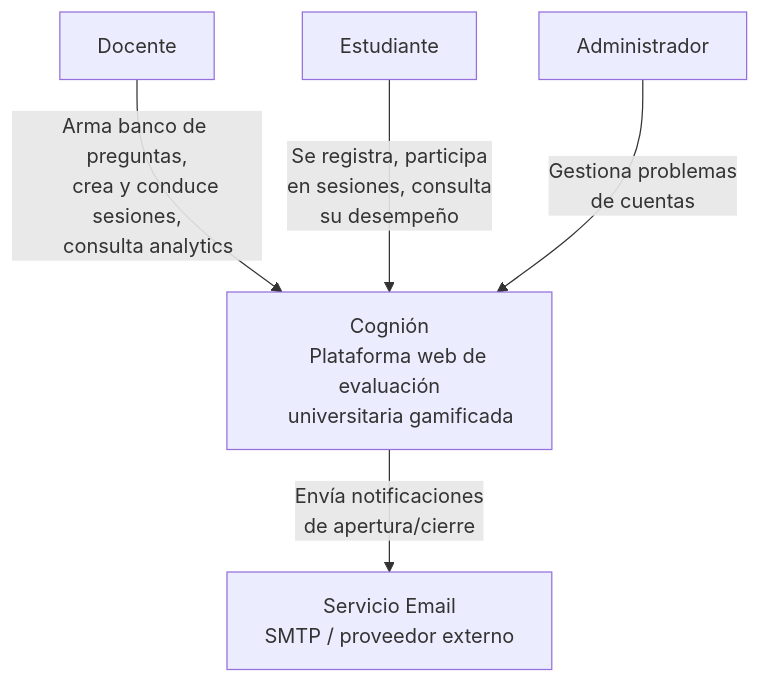
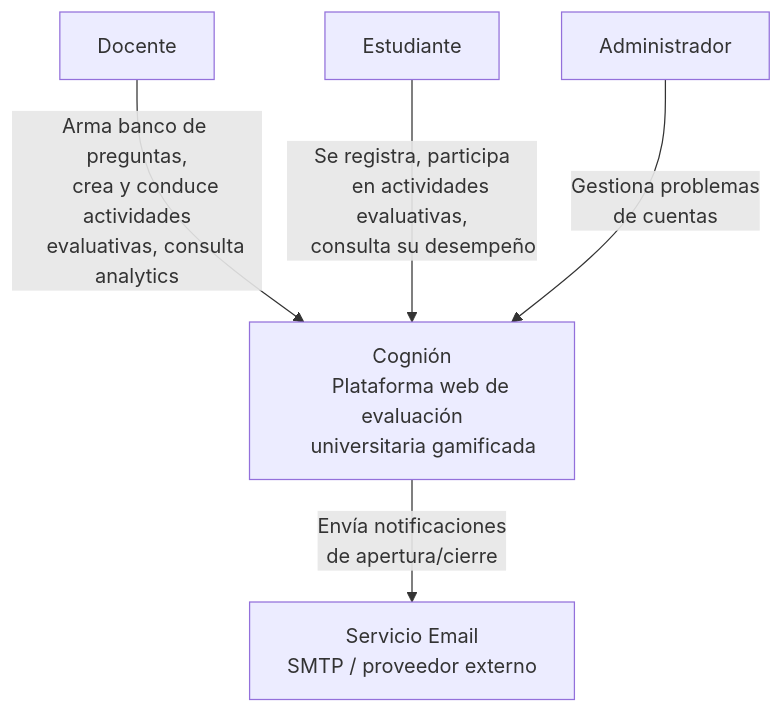
The diagram in docs/architecture/01-system-context.md (vvalotto/cognion), drawn with Mermaid before and after one commit. The commit also changed other lines of this file and 17 other files, not shown here.

````diff
--- a/docs/architecture/01-system-context.md
+++ b/docs/architecture/01-system-context.md
@@ -69,27 +70,27 @@
 ```mermaid
 flowchart TB
     docente["Docente"]
     estudiante["Estudiante"]
     administrador["Administrador"]
 
     cognion["Cognión
     Plataforma web de evaluación
     universitaria gamificada"]
 
     email["Servicio Email
     SMTP / proveedor externo"]
 
     docente -->|"Arma banco de preguntas,
-    crea y conduce sesiones,
-    consulta analytics"| cognion
+    crea y conduce actividades
+    evaluativas, consulta analytics"| cognion
 
     estudiante -->|"Se registra, participa
-    en sesiones, consulta
-    su desempeño"| cognion
+    en actividades evaluativas,
+    consulta su desempeño"| cognion
 
     administrador -->|"Gestiona problemas
     de cuentas"| cognion
 
     cognion -->|"Envía notificaciones
     de apertura/cierre"| email
 ```
````
